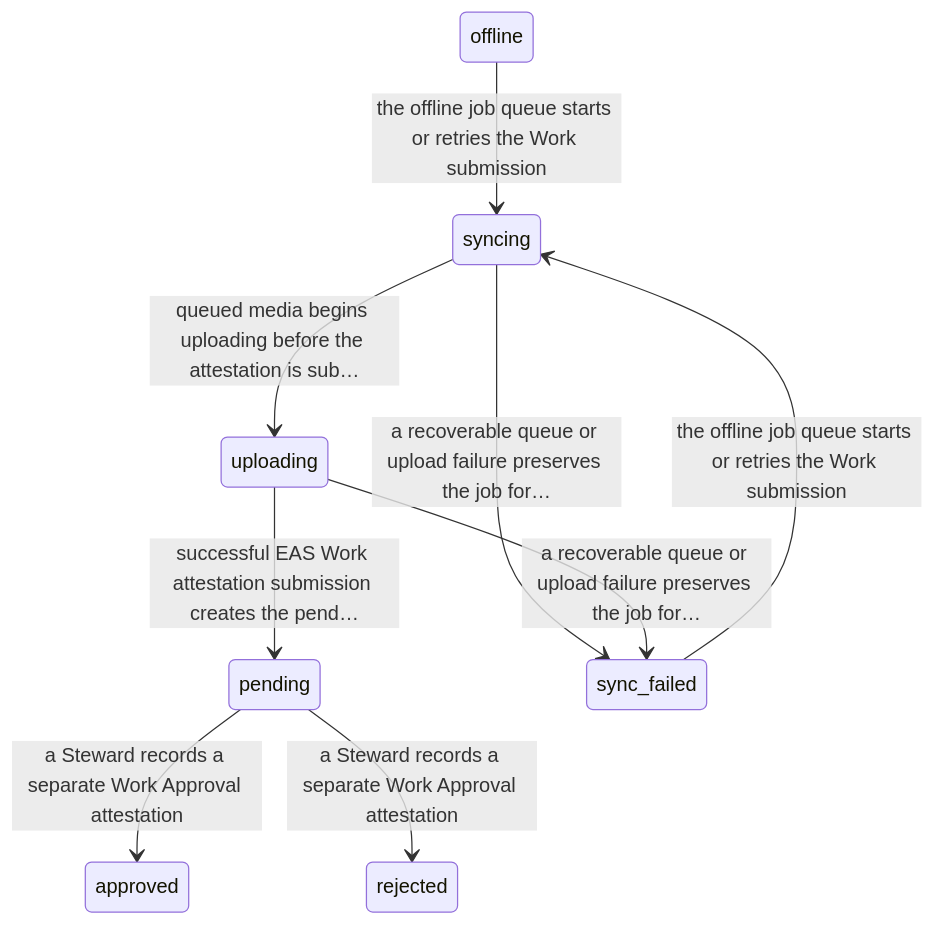
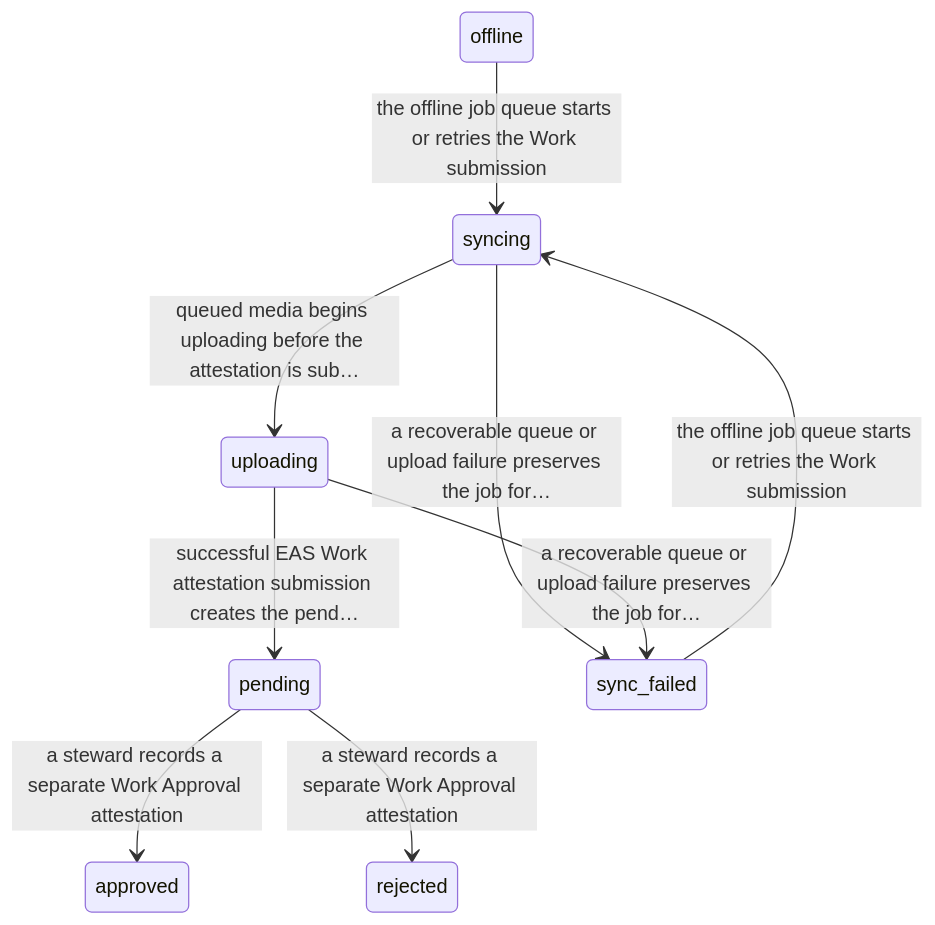
One commit to greenpill-dev-guild/green-goods changed the fourth of 8 diagrams in docs/docs/builders/architecture/data-model.mdx. Above: the diagram before and after it, drawn with Mermaid. The commit also changed other lines of this file and 20 other files, not shown here.

````diff
--- a/docs/docs/builders/architecture/data-model.mdx
+++ b/docs/docs/builders/architecture/data-model.mdx
@@ -165,18 +165,18 @@
 ```mermaid
 stateDiagram-v2
   pending
   approved
   rejected
   syncing
   uploading
   sync_failed
   offline
   offline --> syncing: the offline job queue starts or retries the Work submission
   sync_failed --> syncing: the offline job queue starts or retries the Work submission
   syncing --> uploading: queued media begins uploading before the attestation is sub…
   syncing --> sync_failed: a recoverable queue or upload failure preserves the job for…
   uploading --> sync_failed: a recoverable queue or upload failure preserves the job for…
   uploading --> pending: successful EAS Work attestation submission creates the pend…
-  pending --> approved: a Steward records a separate Work Approval attestation
-  pending --> rejected: a Steward records a separate Work Approval attestation
+  pending --> approved: a steward records a separate Work Approval attestation
+  pending --> rejected: a steward records a separate Work Approval attestation
 ```
````
